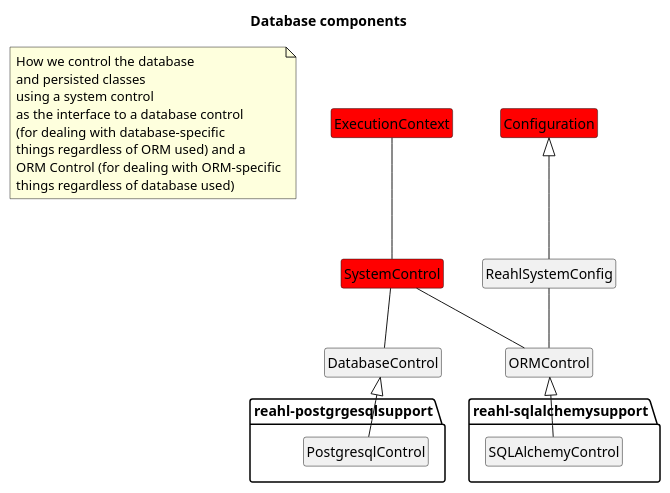
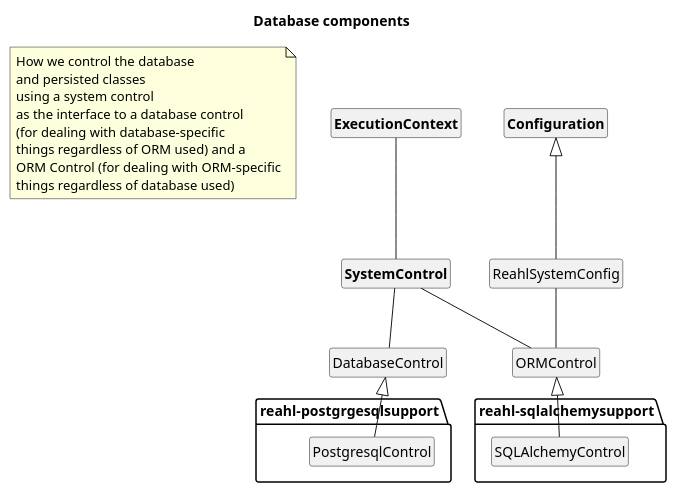
One commit to reahl/reahl changed the diagram in reahl-component/reahl/component_dev/database_components.puml. Above: the diagram before and after it, drawn with PlantUML. The commit also changed 28 other files, not shown here.

```diff
--- a/reahl-component/reahl/component_dev/database_components.puml
+++ b/reahl-component/reahl/component_dev/database_components.puml
@@ -1,42 +1,42 @@
 @startuml
 
 title Database components
 
 hide members
 hide circle
 
 note as N1
 	How we control the database
 	and persisted classes
 	using a system control
 	as the interface to a database control
 	(for dealing with database-specific
 	things regardless of ORM used) and a
 	ORM Control (for dealing with ORM-specific
 	things regardless of database used)
 end note
 
-class ExecutionContext #red
-class SystemControl #red
-class Configuration #red
+class "<b>ExecutionContext</b>" as ExecutionContext
+class "<b>SystemControl</b>" as SystemControl
+class "<b>Configuration</b>" as Configuration
 
 ExecutionContext -down- SystemControl
 SystemControl -down- DatabaseControl
 SystemControl -down- ORMControl
 
 Configuration <|-- ReahlSystemConfig
 ReahlSystemConfig -- ORMControl
 
 package reahl-sqlalchemysupport{
 	class SQLAlchemyControl
 }
 
 ORMControl <|-- SQLAlchemyControl
 
 package reahl-postgrgesqlsupport{
 	class PostgresqlControl
 }
 
 DatabaseControl <|-- PostgresqlControl
 
 @enduml
```
